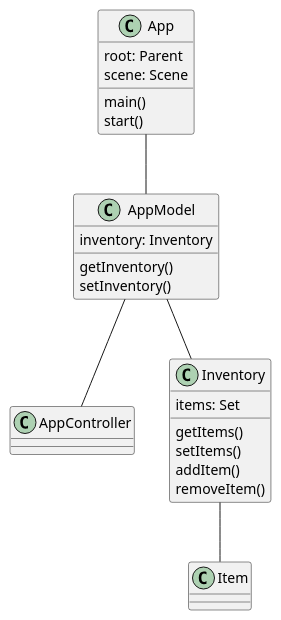
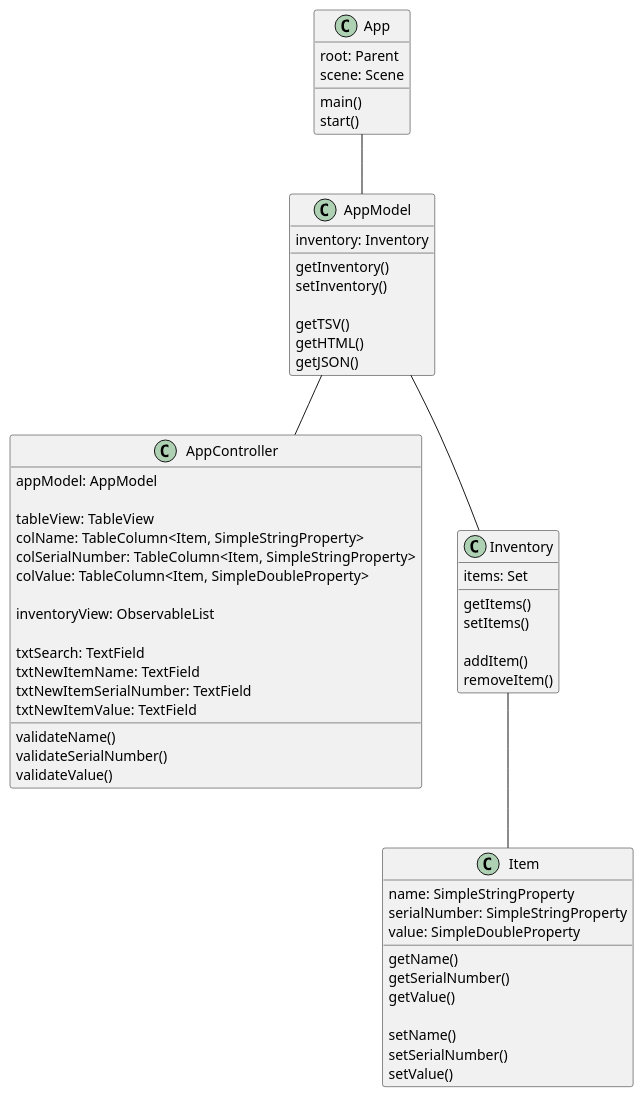
The diagram in uml/app.puml (imRielly/donnell-9711-a5), drawn with PlantUML before and after one commit. The commit also changed 8 other files, not shown here.

```diff
--- a/uml/app.puml
+++ b/uml/app.puml
@@ -4,39 +4,73 @@
 @startuml
 'https://plantuml.com/class-diagram
 
 App -- AppModel
 AppModel -- AppController
 AppModel -- Inventory
 Inventory -- Item
 
 class App {
     root: Parent
     scene: Scene
 
     main()
     start()
 }
 
 class AppController {
+    appModel: AppModel
+
+    tableView: TableView
+    colName: TableColumn<Item, SimpleStringProperty>
+    colSerialNumber: TableColumn<Item, SimpleStringProperty>
+    colValue: TableColumn<Item, SimpleDoubleProperty>
+
+    inventoryView: ObservableList
+
+    txtSearch: TextField
+    txtNewItemName: TextField
+    txtNewItemSerialNumber: TextField
+    txtNewItemValue: TextField
+
+    validateName()
+    validateSerialNumber()
+    validateValue()
+
 }
 
 class AppModel {
     inventory: Inventory
 
     getInventory()
     setInventory()
+
+    getTSV()
+    getHTML()
+    getJSON()
 }
 
 class Inventory {
     items: Set
 
     getItems()
     setItems()
+
     addItem()
     removeItem()
 }
 
 class Item {
+    name: SimpleStringProperty
+    serialNumber: SimpleStringProperty
+    value: SimpleDoubleProperty
+
+    getName()
+    getSerialNumber()
+    getValue()
+
+    setName()
+    setSerialNumber()
+    setValue()
 }
 
 @enduml
```
